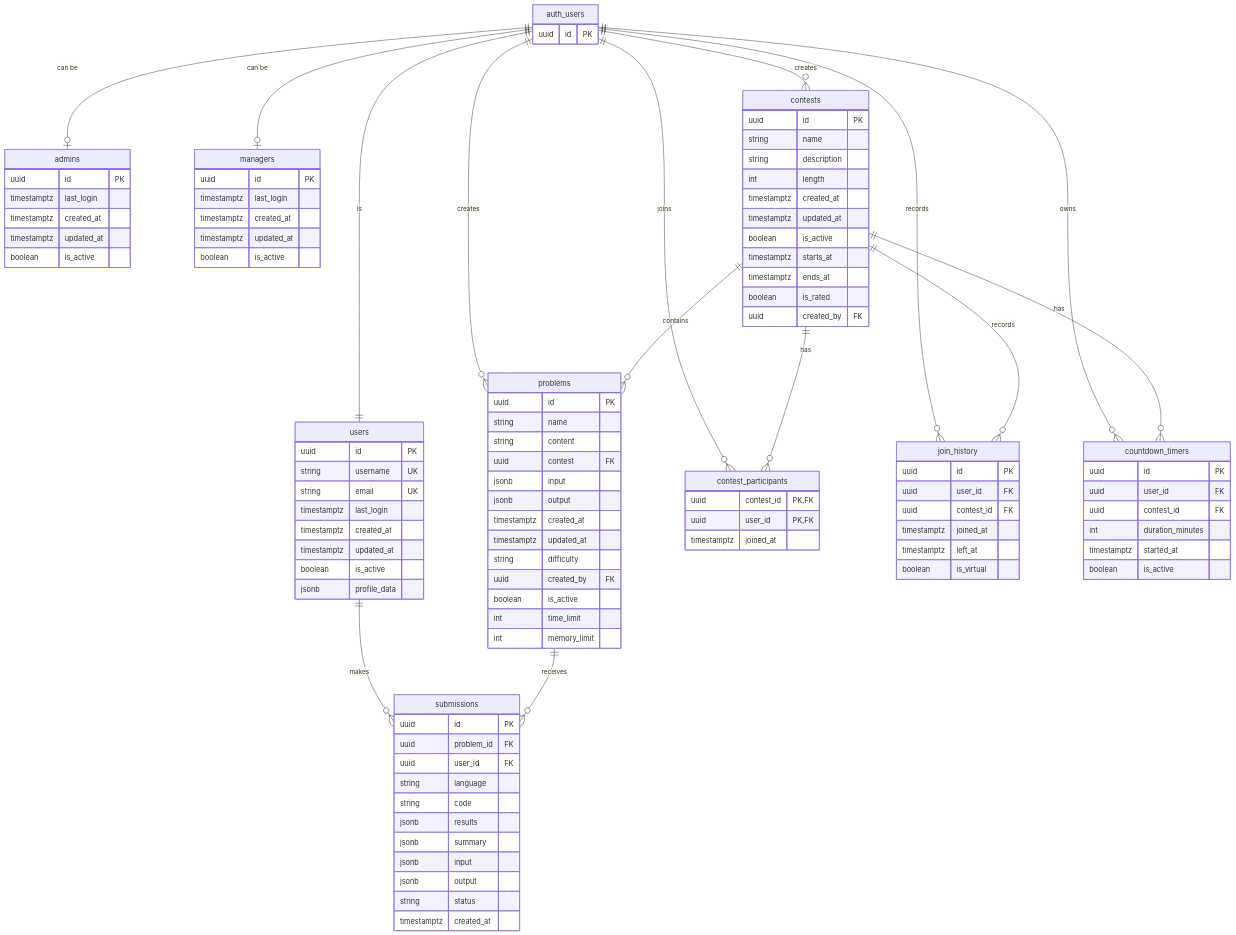
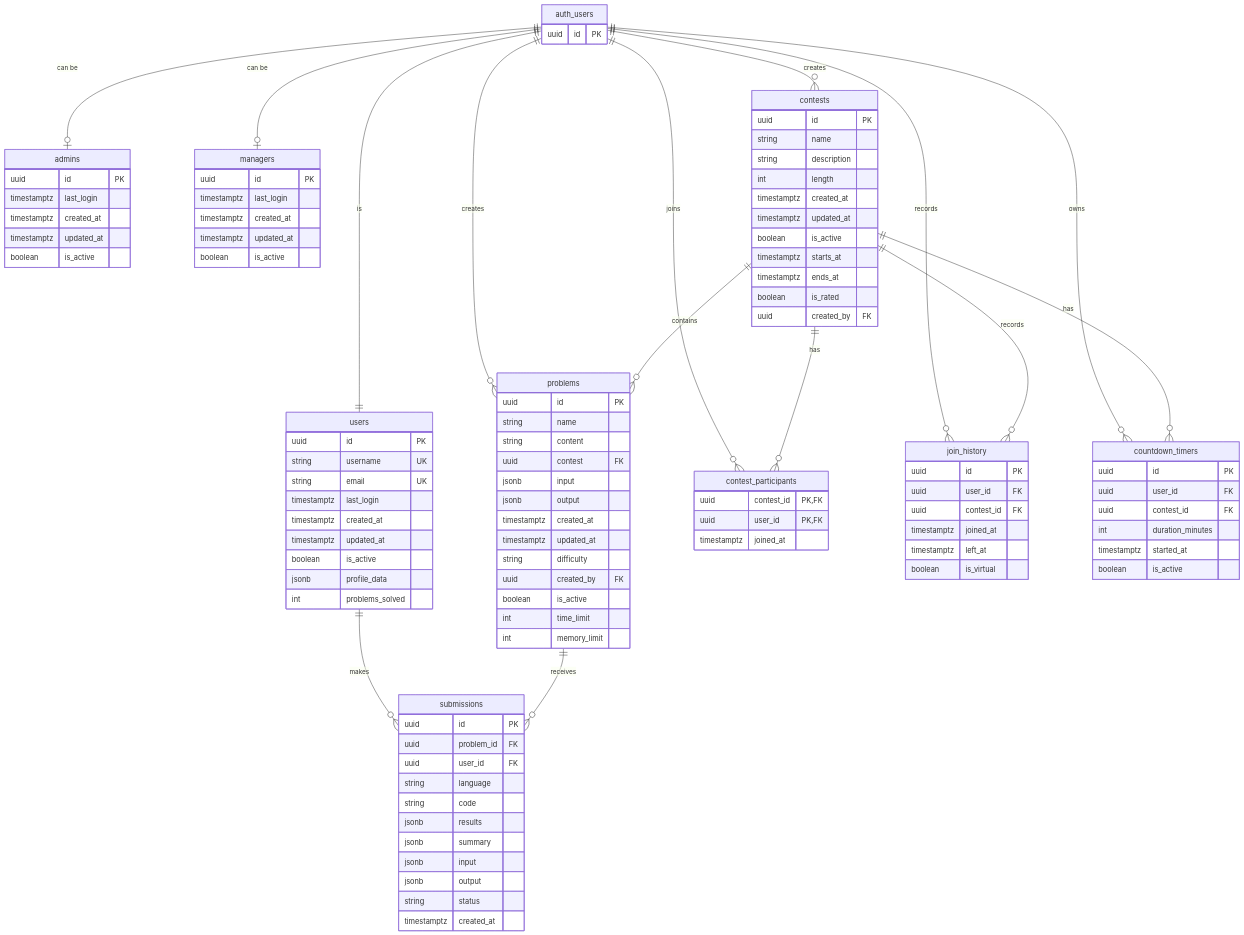
Before and after one commit to WMOJ/wmoj-app: the diagram in docs/entity-relation-diagram.md, drawn with Mermaid. The commit also changed 8 other files, not shown here.

First line of the commit message:
feat: add /users leaderboard, /submissions feed, and cached problems_solved counter

```diff
--- a/docs/entity-relation-diagram.md
+++ b/docs/entity-relation-diagram.md
@@ -15,6 +15,7 @@
         timestamptz updated_at
         boolean is_active
         jsonb profile_data
+        int problems_solved
     }
 
     %% Roles (Admins & Managers)
```
